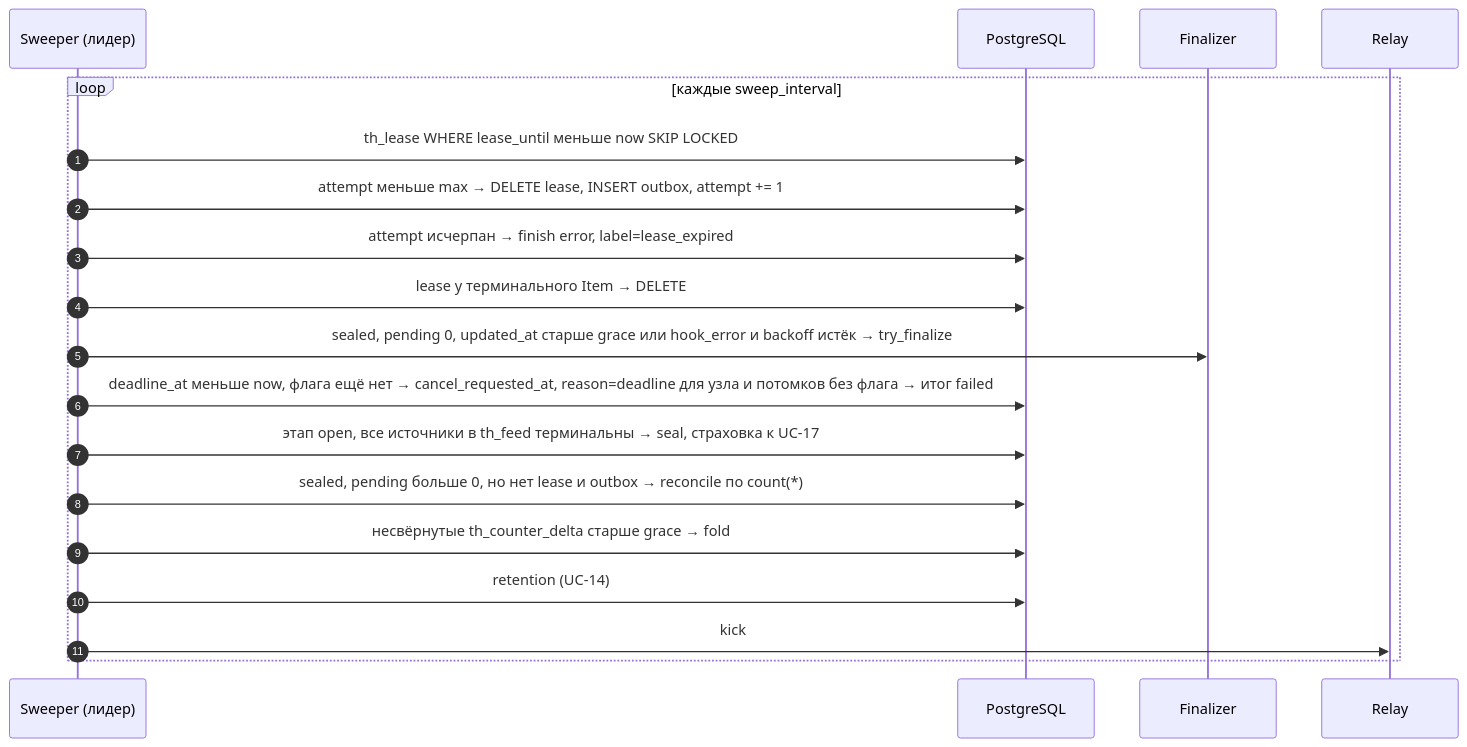
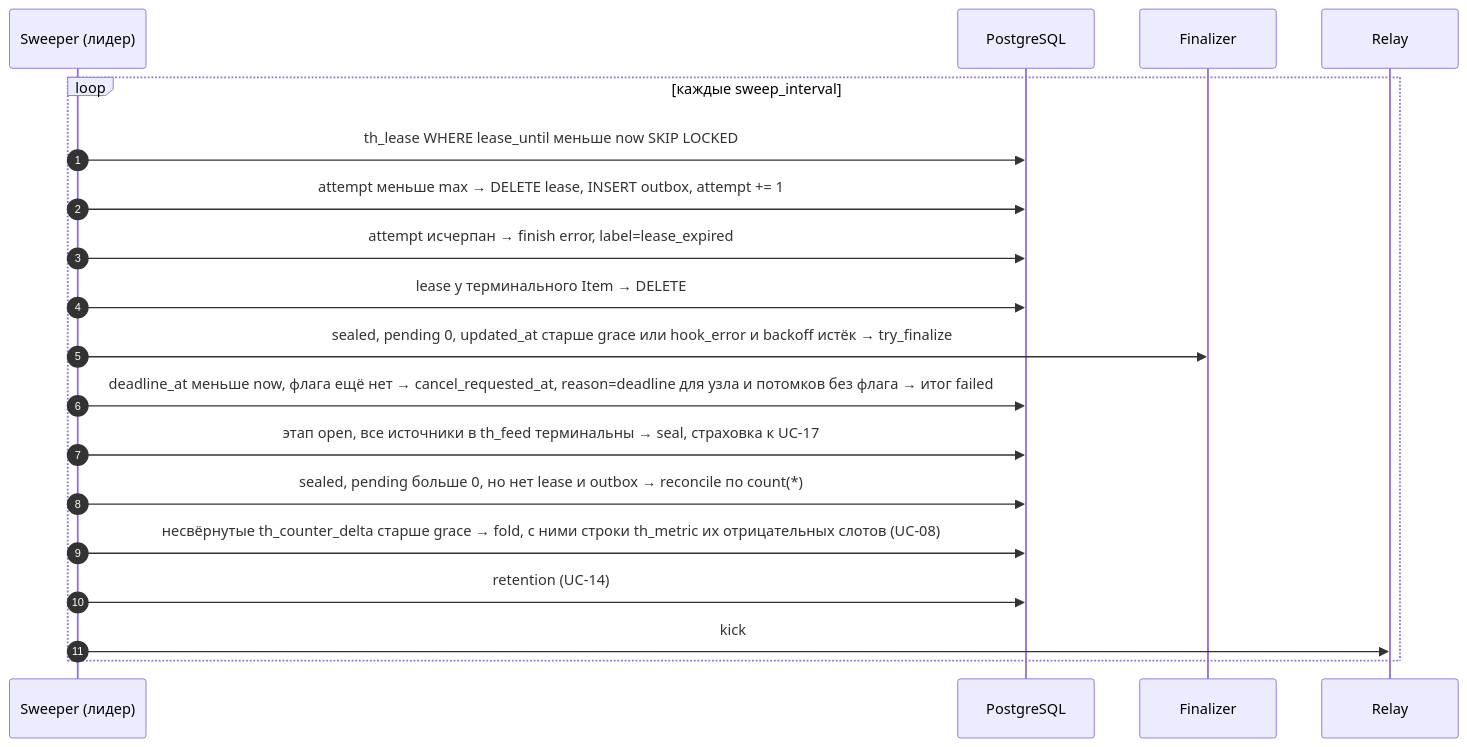
Diagram 27 of 40 in docs/ARCHITECTURE.md (0cherednoq/Tallyho), drawn with Mermaid before and after one commit. The commit also changed other lines of this file, not shown here.

First line of the commit message:
Fix-23: ARCHITECTURE — свёртка отрицательных слотов th_metric sweeper-ом

````diff
--- a/docs/ARCHITECTURE.md
+++ b/docs/ARCHITECTURE.md
@@ -1305,22 +1305,22 @@
 ```mermaid
 sequenceDiagram
     autonumber
     participant SW as Sweeper (лидер)
     participant DB as PostgreSQL
     participant F as Finalizer
     participant R as Relay
 
     loop каждые sweep_interval
         SW->>DB: th_lease WHERE lease_until меньше now SKIP LOCKED
         SW->>DB: attempt меньше max → DELETE lease, INSERT outbox, attempt += 1
         SW->>DB: attempt исчерпан → finish error, label=lease_expired
         SW->>DB: lease у терминального Item → DELETE
         SW->>F: sealed, pending 0, updated_at старше grace или hook_error и backoff истёк → try_finalize
         SW->>DB: deadline_at меньше now, флага ещё нет → cancel_requested_at, reason=deadline для узла и потомков без флага → итог failed
         SW->>DB: этап open, все источники в th_feed терминальны → seal, страховка к UC-17
         SW->>DB: sealed, pending больше 0, но нет lease и outbox → reconcile по count(*)
-        SW->>DB: несвёрнутые th_counter_delta старше grace → fold
+        SW->>DB: несвёрнутые th_counter_delta старше grace → fold, с ними строки th_metric их отрицательных слотов (UC-08)
         SW->>DB: retention (UC-14)
         SW->>R: kick
     end
 ```
````
